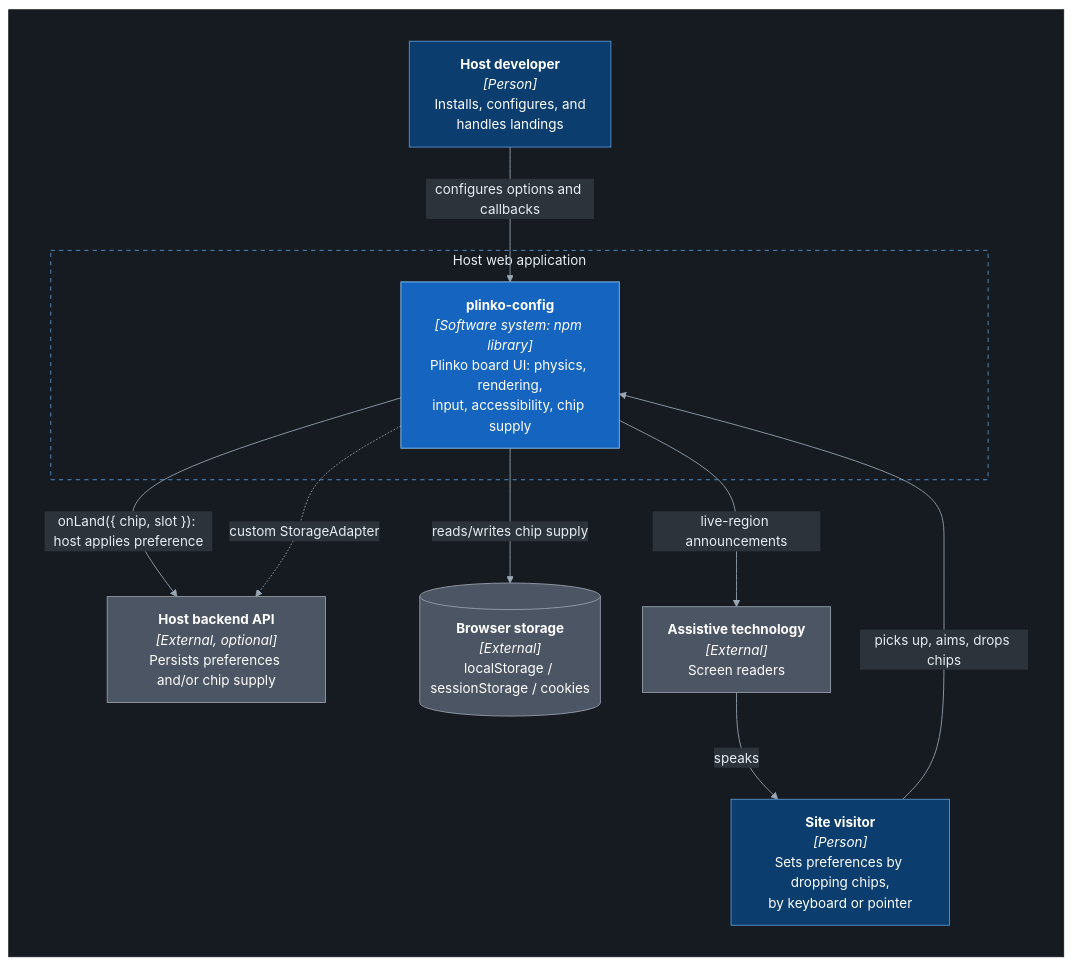
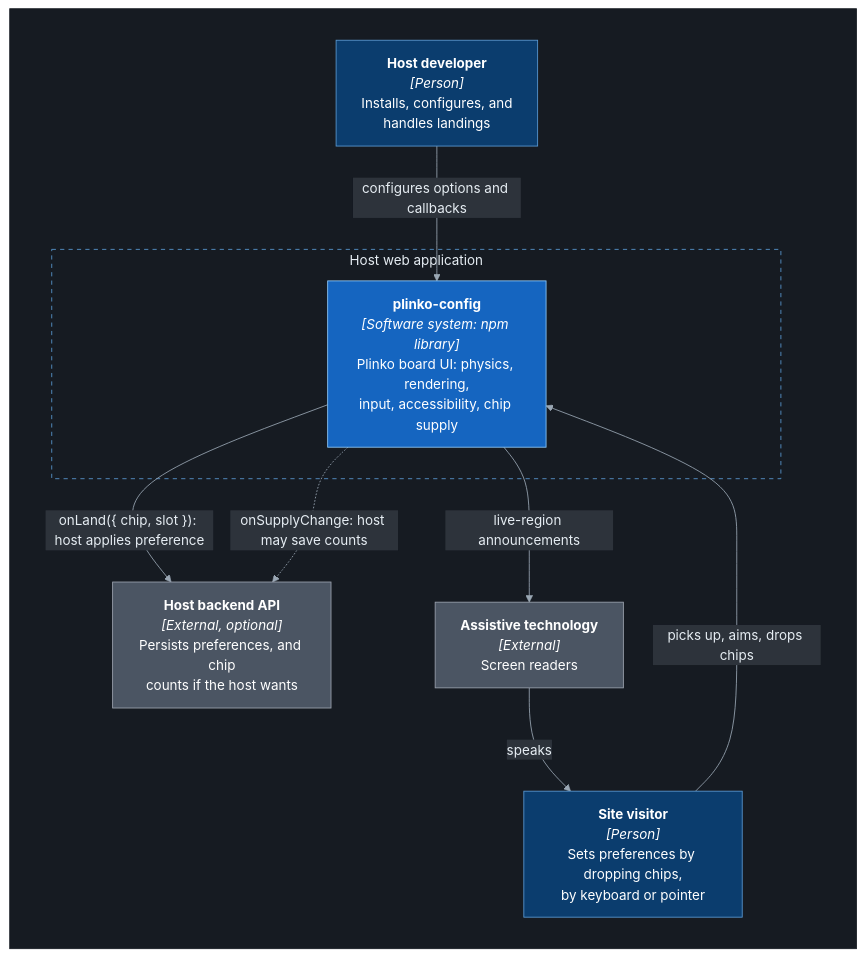
The first of 10 diagrams in docs/ARCHITECTURE.md (alanbickel/plinko-config), drawn with Mermaid before and after one commit. The commit also changed other lines of this file and 24 other files, not shown here.

Commit message:
Add in-memory chip supply: counts, refill policies, requests, and exhaustion lock; drop persistence from the design

````diff
--- a/docs/ARCHITECTURE.md
+++ b/docs/ARCHITECTURE.md
@@ -25,33 +25,31 @@
 ```mermaid
 %%{init: {"theme":"base","themeVariables":{"lineColor":"#9aa7b4","textColor":"#e6edf3","primaryTextColor":"#e6edf3","edgeLabelBackground":"#2d333b","clusterBkg":"#161b22","clusterBorder":"#30363d","titleColor":"#e6edf3"}}}%%
 flowchart TB
     subgraph canvas[" "]
         direction TB
 
 
         visitor["<b>Site visitor</b><br/><i>[Person]</i><br/>Sets preferences by dropping chips,<br/>by keyboard or pointer"]:::person
         dev["<b>Host developer</b><br/><i>[Person]</i><br/>Installs, configures, and<br/>handles landings"]:::person
 
         subgraph hostBoundary["Host web application"]
             plinko["<b>plinko-config</b><br/><i>[Software system: npm library]</i><br/>Plinko board UI: physics, rendering,<br/>input, accessibility, chip supply"]:::system
         end
 
-        storage[("<b>Browser storage</b><br/><i>[External]</i><br/>localStorage / sessionStorage / cookies")]:::external
-        backend["<b>Host backend API</b><br/><i>[External, optional]</i><br/>Persists preferences and/or chip supply"]:::external
+        backend["<b>Host backend API</b><br/><i>[External, optional]</i><br/>Persists preferences, and chip<br/>counts if the host wants"]:::external
         at["<b>Assistive technology</b><br/><i>[External]</i><br/>Screen readers"]:::external
 
         visitor -- "picks up, aims, drops chips" --> plinko
         dev -- "configures options and callbacks" --> plinko
         plinko -- "onLand({ chip, slot }): host applies preference" --> backend
-        plinko -- "reads/writes chip supply" --> storage
-        plinko -. "custom StorageAdapter" .-> backend
+        plinko -. "onSupplyChange: host may save counts" .-> backend
         plinko -- "live-region announcements" --> at
         at -- "speaks" --> visitor
     end
 
     classDef person fill:#0b3d6e,stroke:#5b9bd5,color:#ffffff
     classDef system fill:#1565c0,stroke:#90caf9,color:#ffffff
     classDef external fill:#4b5563,stroke:#9ca3af,color:#ffffff
     style canvas fill:#161b22,stroke:#161b22
     style hostBoundary fill:#161b22,stroke:#5b9bd5,stroke-dasharray:5 5,color:#e6edf3
 ```
````
